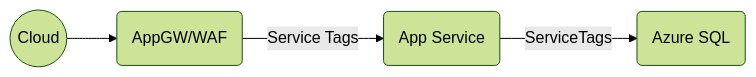
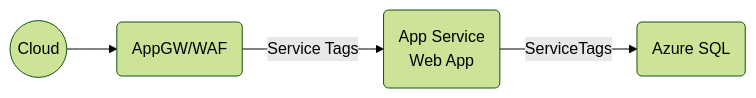
The third of 6 diagrams in README.md (msalemor/app-services-networking), drawn with Mermaid (forest theme) before and after one commit. The commit also changed other lines of this file, not shown here.

````diff
--- a/README.md
+++ b/README.md
@@ -47,6 +47,6 @@
 ```mermaid
 graph LR;
     Z((Cloud))-->A;
-    A(AppGW/WAF)-- Service Tags-->B(App Service);
+    A(AppGW/WAF)-- Service Tags-->B(App Service<br/>Web App);
     B-- ServiceTags -->C(Azure SQL);
 ```
````
